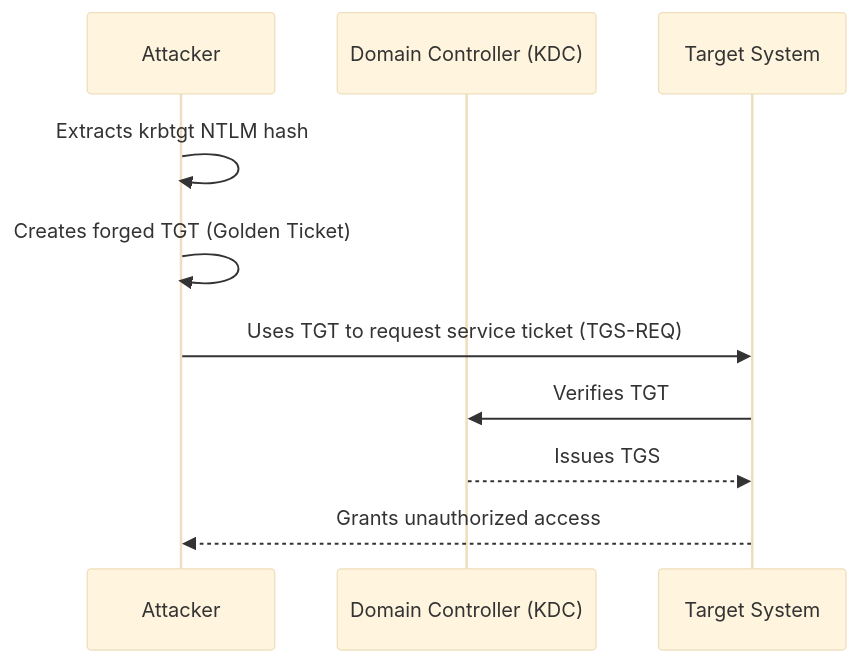
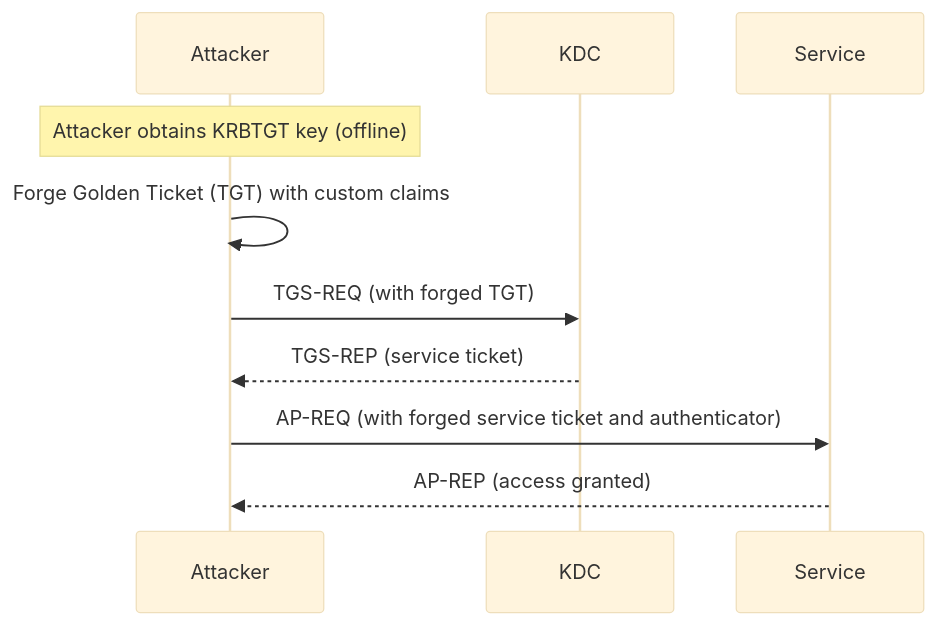
One commit to krovs/oscp-notes changed the diagram in docs/20_ad_lateral_mov.md. Above: the diagram before and after it, drawn with Mermaid (base theme). The commit also changed other lines of this file and 1 other file, not shown here.

Commit message:
Add Kerberos basic auth and update diagrams

````diff
--- a/docs/20_ad_lateral_mov.md
+++ b/docs/20_ad_lateral_mov.md
@@ -109,13 +111,14 @@
 ```mermaid
 sequenceDiagram
-    participant Attacker
-    participant Domain Controller (KDC)
-    participant Target System
+    participant A as Attacker
+    participant KDC as KDC
+    participant S as Service
 
-    Attacker->>Attacker: Extracts krbtgt NTLM hash
-    Attacker->>Attacker: Creates forged TGT (Golden Ticket)
-    Attacker->>Target System: Uses TGT to request service ticket (TGS-REQ)
-    Target System->>Domain Controller (KDC): Verifies TGT
-    Domain Controller (KDC)-->>Target System: Issues TGS
-    Target System-->>Attacker: Grants unauthorized access
+    Note over A: Attacker obtains KRBTGT key (offline)
+    A->>A: Forge Golden Ticket (TGT) with custom claims
+    A->>KDC: TGS-REQ (with forged TGT)
+    KDC-->>A: TGS-REP (service ticket)
+    A->>S: AP-REQ (with forged service ticket and authenticator)
+    S-->>A: AP-REP (access granted)
+
 ```
````
